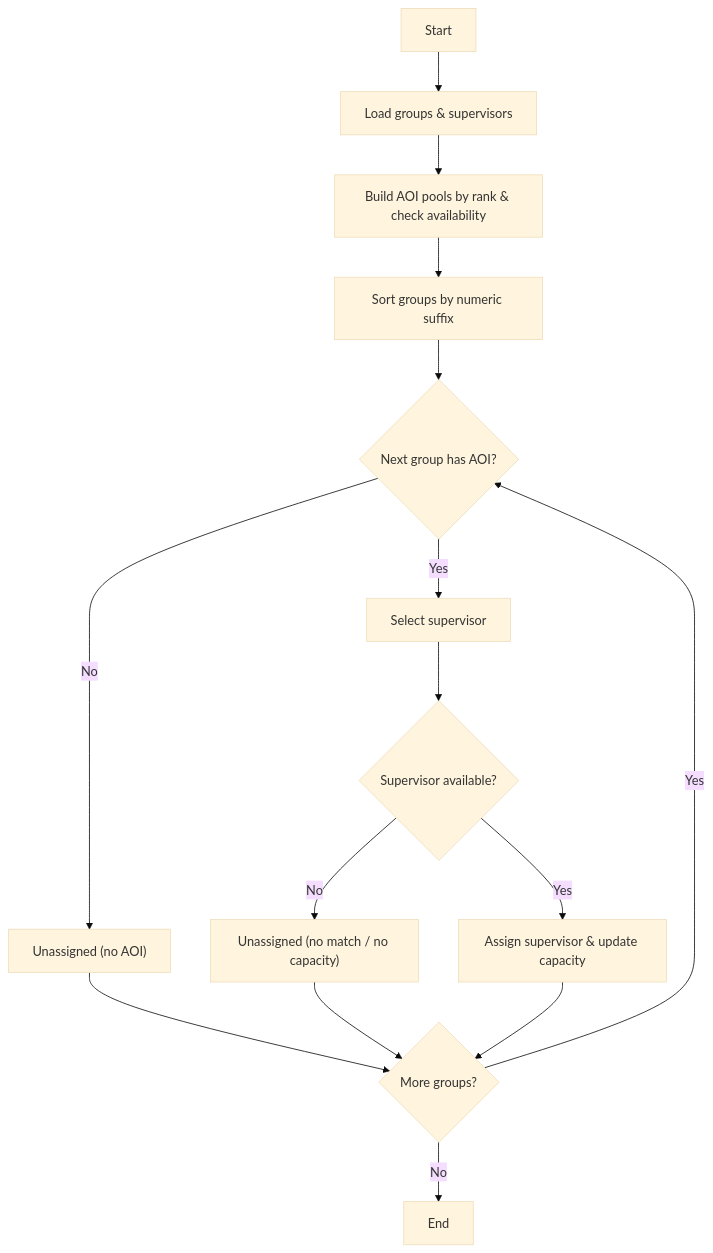
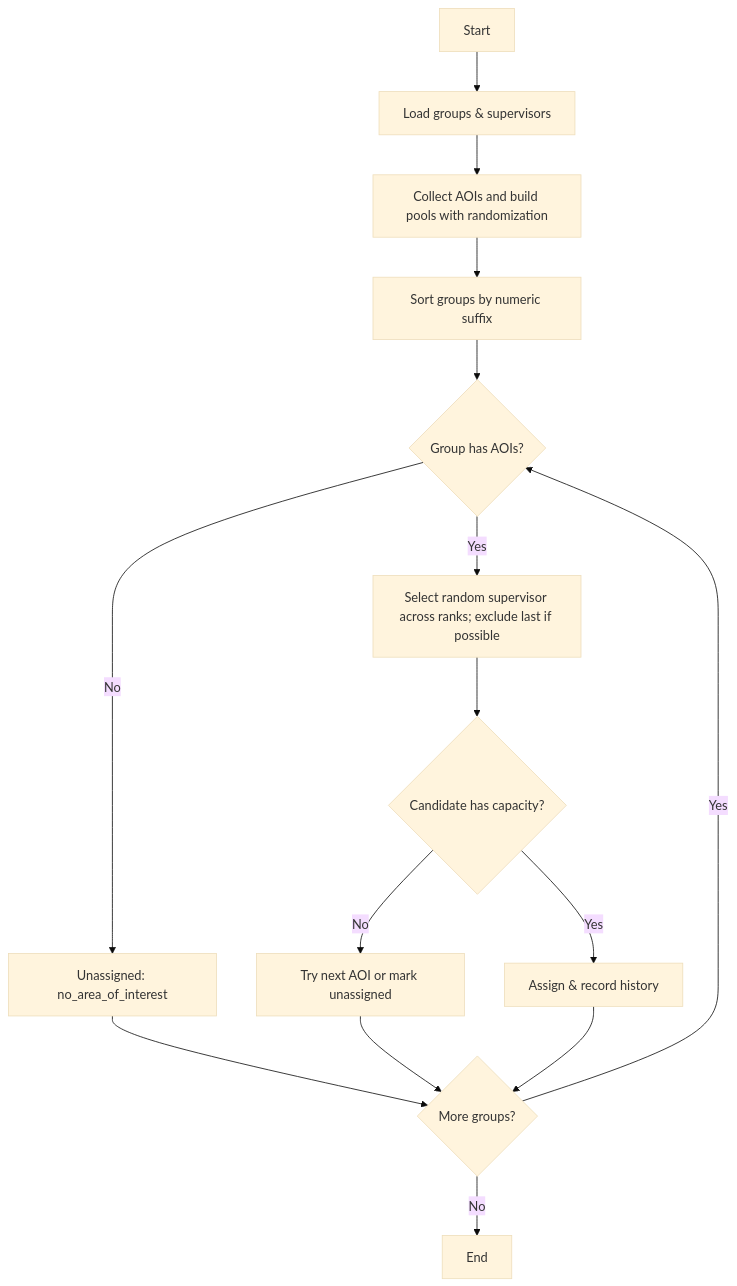
Before and after one commit to abdullah2323442/thesisrepo-backup: the first of 3 diagrams in supervisor_assignment_algo.md, drawn with Mermaid (base theme). The commit also changed other lines of this file, not shown here.

Commit message:
feat: Update supervisor assignment algorithm to support combined lottery mode and enhance documentation

````diff
--- a/supervisor_assignment_algo.md
+++ b/supervisor_assignment_algo.md
@@ -92,20 +149,15 @@
 ```mermaid
 flowchart TD
-  A["Start"] --> B["Load groups & supervisors"]
-  B --> C["Build AOI pools by rank & check availability"]
-  C --> D["Sort groups by numeric suffix"]
-  D --> E{"Next group has AOI?"}
-  E -- No --> F["Unassigned (no AOI)"] --> J
-  E -- Yes --> G["Select supervisor"]
-  
-  G --> H{"Supervisor available?"}
-  H -- No --> I["Unassigned (no match / no capacity)"] --> J
-  H -- Yes --> K["Assign supervisor & update capacity"]
-  
-  K --> J{"More groups?"}
+  A[Start] --> B[Load groups & supervisors]
+  B --> C[Collect AOIs and build pools with randomization]
+  C --> D[Sort groups by numeric suffix]
+  D --> E{Group has AOIs?}
+  E -- No --> F[Unassigned: no_area_of_interest] --> J
+  E -- Yes --> G[Select random supervisor across ranks; exclude last if possible]
+  G --> H{Candidate has capacity?}
+  H -- No --> I[Try next AOI or mark unassigned] --> J
+  H -- Yes --> K[Assign & record history]
+  K --> J{More groups?}
   J -- Yes --> E
-  J -- No --> L["End"]
-
-
-
+  J -- No --> L[End]
 ```
````
